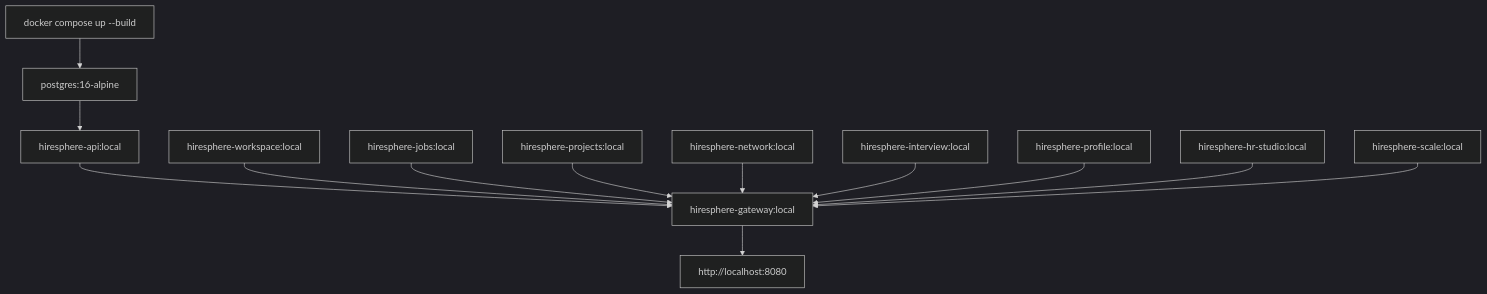
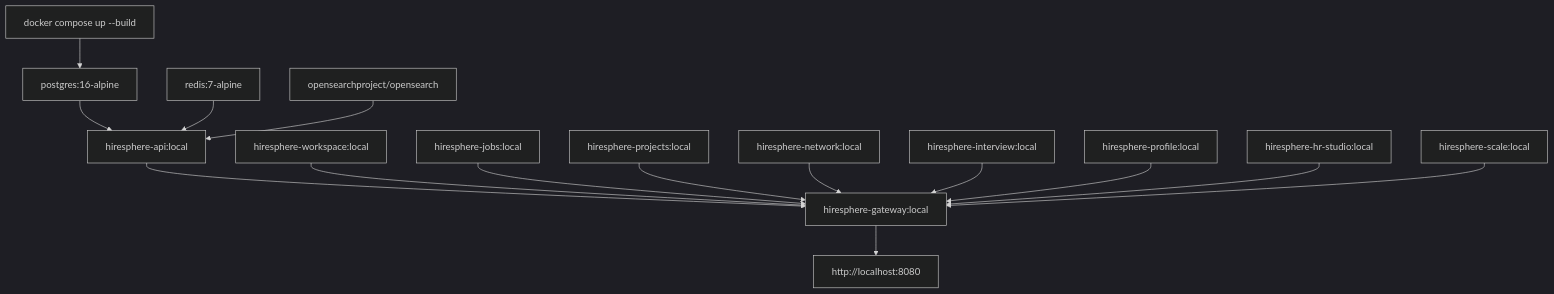
The seventh of 7 diagrams in FLOWCHART.md (rahultiple31/CareerHub), drawn with Mermaid (dark theme) before and after one commit. The commit also changed other lines of this file and 16 other files, not shown here.

Commit message:
Add Redis and OpenSearch deployment support

````diff
--- a/FLOWCHART.md
+++ b/FLOWCHART.md
@@ -157,17 +169,19 @@
 ```mermaid
 flowchart TD
   Compose[docker compose up --build] --> DB[postgres:16-alpine]
   DB --> API[hiresphere-api:local]
+  Redis[redis:7-alpine] --> API
+  OpenSearch[opensearchproject/opensearch] --> API
   API --> Gateway[hiresphere-gateway:local]
 
   Workspace[hiresphere-workspace:local] --> Gateway
   Jobs[hiresphere-jobs:local] --> Gateway
   Projects[hiresphere-projects:local] --> Gateway
   Network[hiresphere-network:local] --> Gateway
   Interview[hiresphere-interview:local] --> Gateway
   Profile[hiresphere-profile:local] --> Gateway
   HR[hiresphere-hr-studio:local] --> Gateway
   Scale[hiresphere-scale:local] --> Gateway
 
   Gateway --> Browser[http://localhost:8080]
 ```
````
